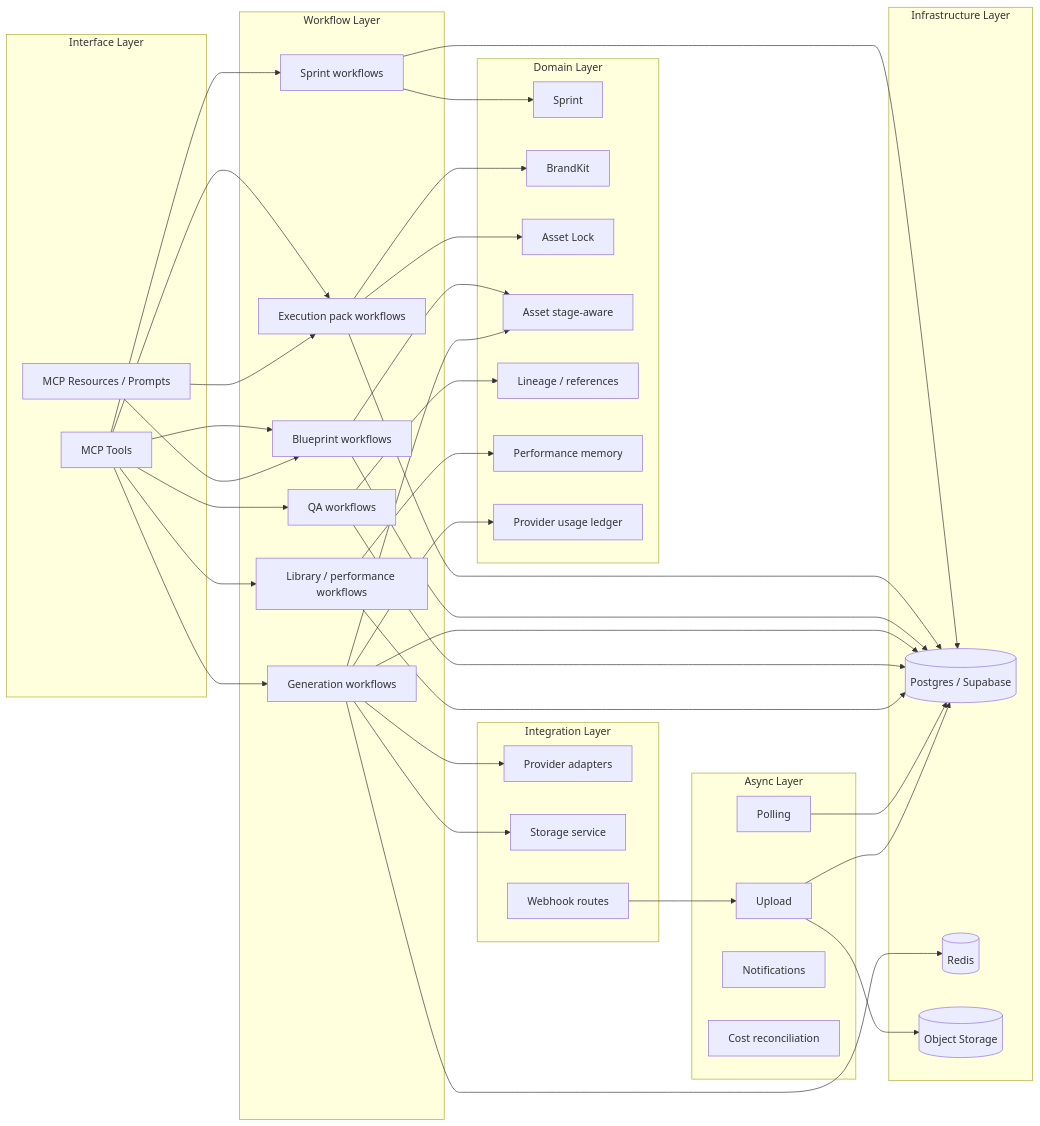
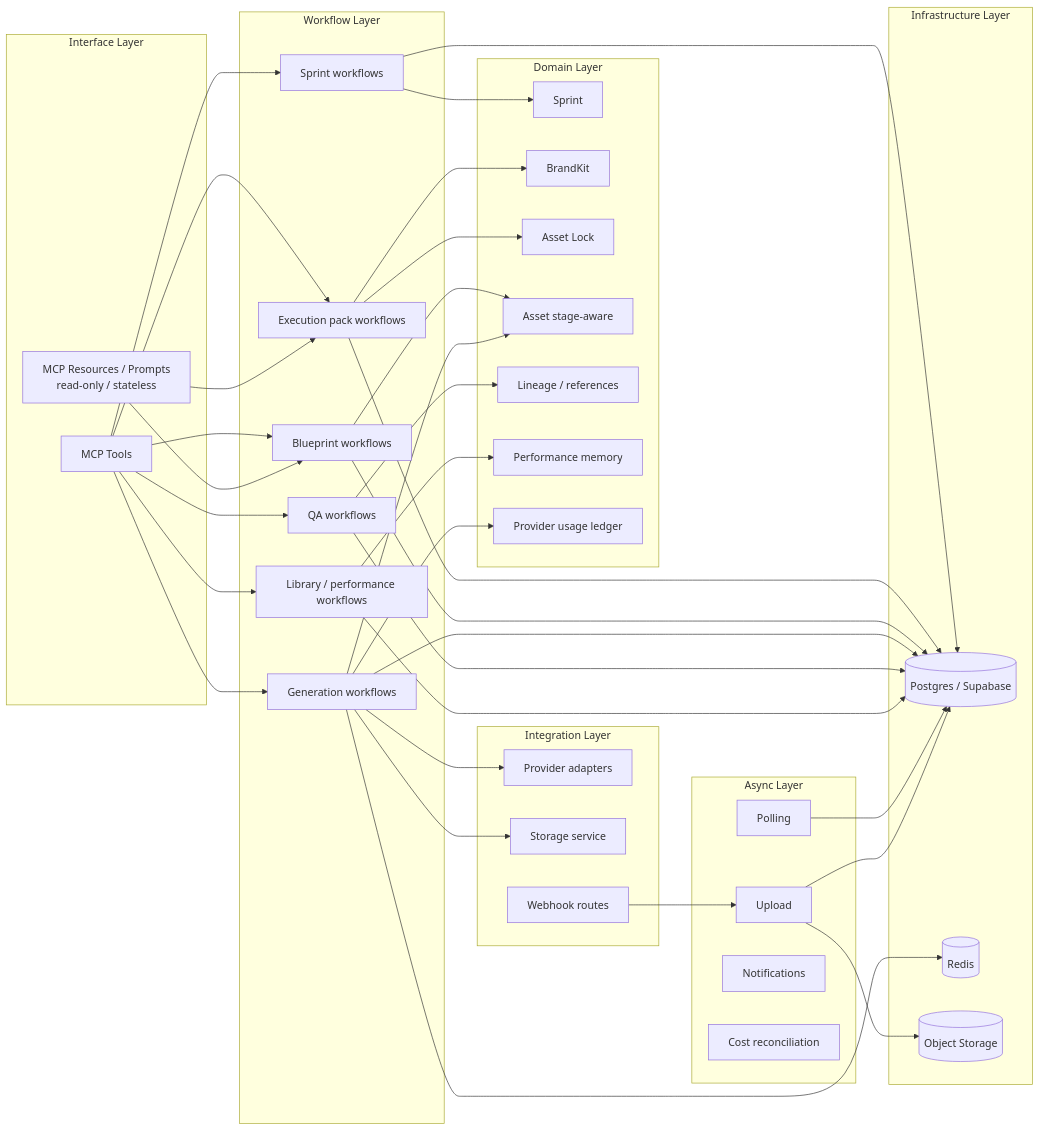
Before and after one commit to vinicius-ssantos/vos-studio-mcp: the fifth of 5 diagrams in docs/architecture/project-architecture.md, drawn with Mermaid. The commit also changed other lines of this file, not shown here.

Commit message:
docs(architecture): refine diagrams to better match current main state

````diff
--- a/docs/architecture/project-architecture.md
+++ b/docs/architecture/project-architecture.md
@@ -223,79 +237,79 @@
 ```mermaid
 flowchart LR
     subgraph L1[Interface Layer]
         A1[MCP Tools]
-        A2[MCP Resources / Prompts]
+        A2[MCP Resources / Prompts<br/>read-only / stateless]
     end
 
     subgraph L2[Workflow Layer]
         B1[Sprint workflows]
         B2[Execution pack workflows]
         B3[Blueprint workflows]
         B4[Generation workflows]
         B5[QA workflows]
         B6[Library / performance workflows]
     end
 
     subgraph L3[Domain Layer]
         C1[Sprint]
         C2[BrandKit]
         C3[Asset Lock]
         C4[Asset stage-aware]
         C5[Lineage / references]
         C6[Performance memory]
         C7[Provider usage ledger]
     end
 
     subgraph L4[Integration Layer]
         D1[Provider adapters]
         D2[Storage service]
         D3[Webhook routes]
     end
 
     subgraph L5[Async Layer]
         E1[Polling]
         E2[Upload]
         E3[Notifications]
         E4[Cost reconciliation]
     end
 
     subgraph L6[Infrastructure Layer]
         F1[(Postgres / Supabase)]
         F2[(Redis)]
         F3[(Object Storage)]
     end
 
     A1 --> B1
     A1 --> B2
     A1 --> B3
     A1 --> B4
     A1 --> B5
     A1 --> B6
     A2 --> B2
     A2 --> B3
 
     B1 --> C1
     B2 --> C2
     B2 --> C3
     B3 --> C4
     B4 --> C4
     B5 --> C5
     B6 --> C6
     B4 --> C7
 
     B4 --> D1
     B4 --> D2
     D3 --> E2
 
     B1 --> F1
     B2 --> F1
     B3 --> F1
     B4 --> F1
     B5 --> F1
     B6 --> F1
 
     B4 --> F2
     E1 --> F1
     E2 --> F1
     E2 --> F3
 ```
````
